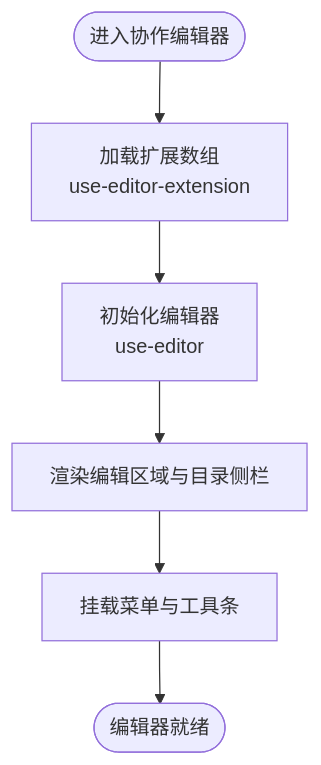
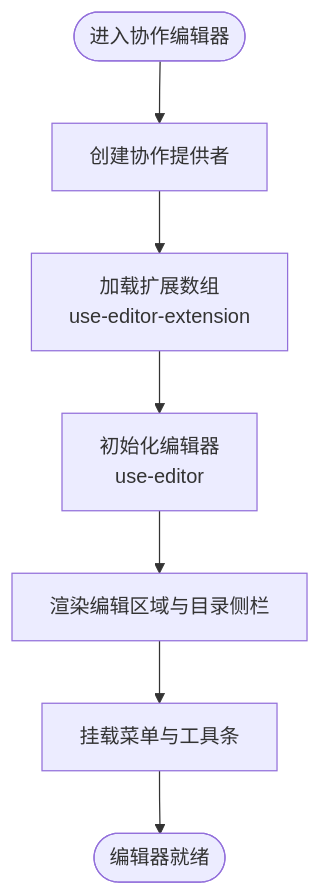
One commit to LRF0422/Kotion changed the third of 13 diagrams in .qoder/repowiki/zh/content/功能模块/知识库管理/页面编辑.md. Above: the diagram before and after it, drawn with Mermaid. The commit also changed other lines of this file and 75 other files, not shown here.

````diff
--- a/.qoder/repowiki/zh/content/功能模块/知识库管理/页面编辑.md
+++ b/.qoder/repowiki/zh/content/功能模块/知识库管理/页面编辑.md
@@ -166,8 +259,9 @@
 ```mermaid
 flowchart TD
-Start(["进入协作编辑器"]) --> LoadExt["加载扩展数组<br/>use-editor-extension"]
+Start(["进入协作编辑器"]) --> CreateProvider["创建协作提供者"]
+CreateProvider --> LoadExt["加载扩展数组<br/>use-editor-extension"]
 LoadExt --> InitEditor["初始化编辑器<br/>use-editor"]
 InitEditor --> Render["渲染编辑区域与目录侧栏"]
 Render --> Menu["挂载菜单与工具条"]
 Menu --> Ready(["编辑器就绪"])
 ```
````
